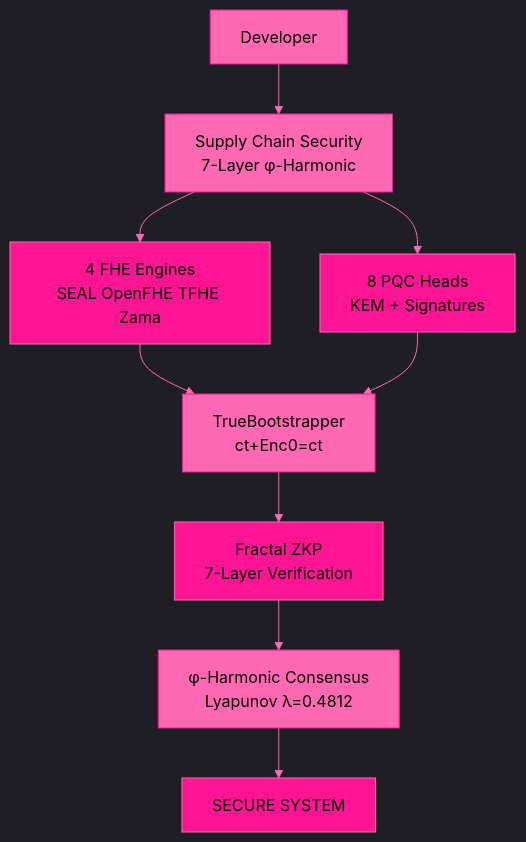
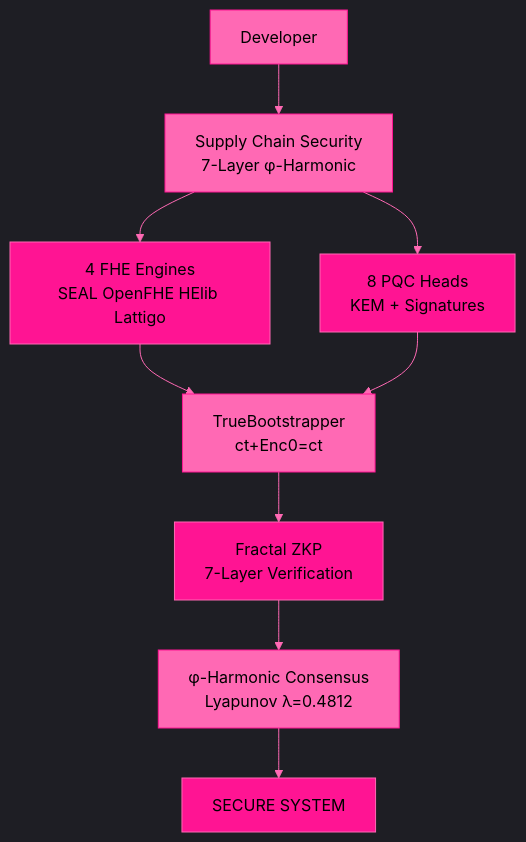
One commit to primordialomegazero/BeyondYourComprehensionFHE changed the second of 2 diagrams in README.md. Above: the diagram before and after it, drawn with Mermaid. The commit also changed other lines of this file, not shown here.

````diff
--- a/README.md
+++ b/README.md
@@ -92,21 +80,21 @@
 ```mermaid
-%%{init: {'theme': 'dark', 'themeVariables': { 'primaryColor': '#ff69b4', 'primaryTextColor': '#000', 'primaryBorderColor': '#ff1493', 'lineColor': '#ff69b4', 'secondaryColor': '#ff1493', 'tertiaryColor': '#ff69b4'}}}%%
+%%{init: {'theme': 'dark', 'themeVariables': { 'primaryColor': '#ff69b4', 'primaryTextColor': '#000', 'primaryBorderColor': '#ff1493', 'lineColor': '#ff69b4'}}}%%
 graph TB
     A[Developer] --> B[Supply Chain Security<br/>7-Layer φ-Harmonic]
-    B --> C[4 FHE Engines<br/>SEAL OpenFHE TFHE Zama]
+    B --> C[4 FHE Engines<br/>SEAL OpenFHE HElib Lattigo]
     B --> D[8 PQC Heads<br/>KEM + Signatures]
     C --> E[TrueBootstrapper<br/>ct+Enc0=ct]
     D --> E
     E --> F[Fractal ZKP<br/>7-Layer Verification]
     F --> G[φ-Harmonic Consensus<br/>Lyapunov λ=0.4812]
     G --> H[SECURE SYSTEM]
     
     style A fill:#ff69b4,stroke:#ff1493,color:#000
     style B fill:#ff69b4,stroke:#ff1493,color:#000
     style C fill:#ff1493,stroke:#ff69b4,color:#000
     style D fill:#ff1493,stroke:#ff69b4,color:#000
     style E fill:#ff69b4,stroke:#ff1493,color:#000
     style F fill:#ff1493,stroke:#ff69b4,color:#000
     style G fill:#ff69b4,stroke:#ff1493,color:#000
     style H fill:#ff1493,stroke:#ff69b4,color:#000
 ```
````
